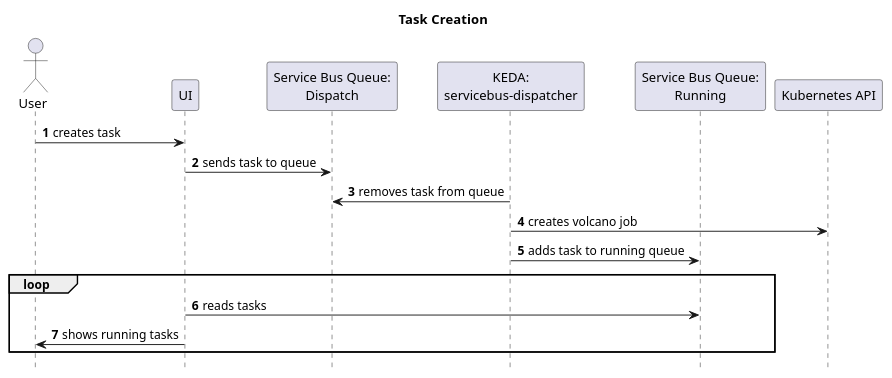
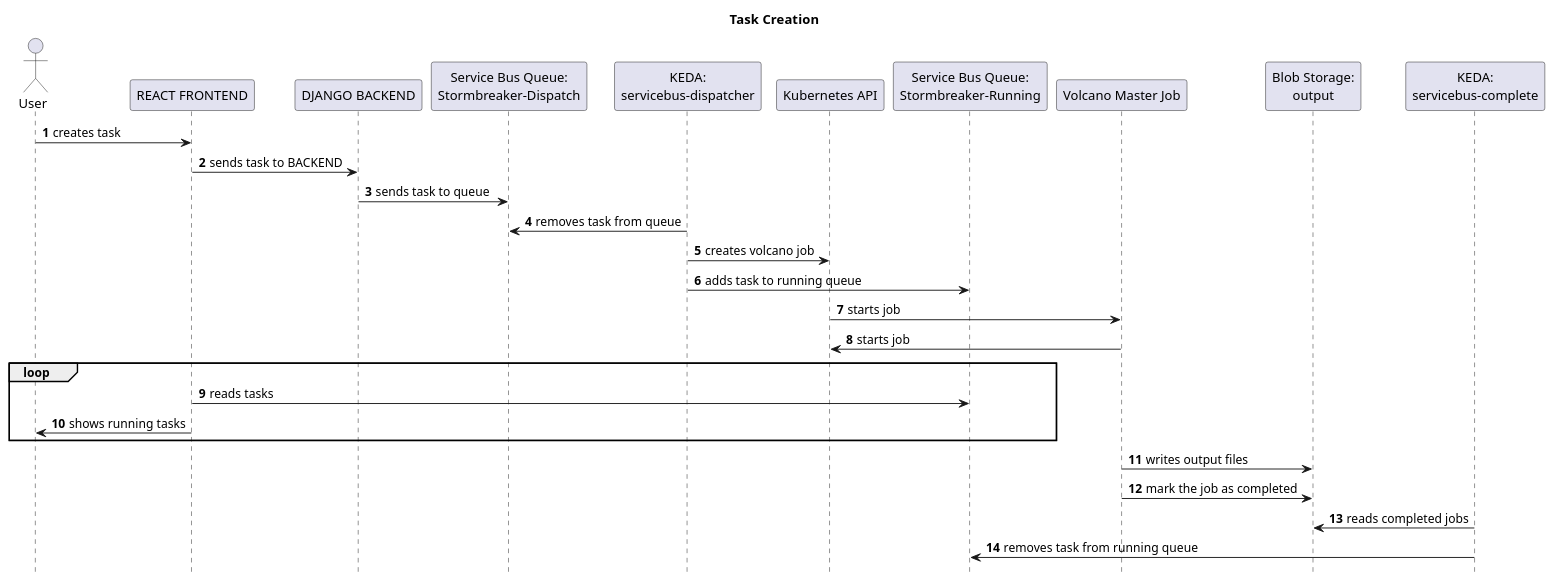
One commit to appdevgbb/Project-Stormbreaker changed the diagram in assets/sequence-task-creation.puml. Above: the diagram before and after it, drawn with PlantUML. The commit also changed 10 other files, not shown here.

```diff
--- a/assets/sequence-task-creation.puml
+++ b/assets/sequence-task-creation.puml
@@ -1,27 +1,44 @@
 @startuml
 title Task Creation
 
 actor User
-participant "UI" as UI
-participant "Service Bus Queue:\nDispatch" as SB_Dispatch
+participant "REACT FRONTEND" as FRONTEND
+participant "DJANGO BACKEND" as BACKEND
+participant "Service Bus Queue:\nStormbreaker-Dispatch" as SB_Dispatch
 participant "KEDA:\nservicebus-dispatcher" as KEDA_Dispatcher
+participant "Kubernetes API" as K8S_API
+participant "Service Bus Queue:\nStormbreaker-Running" as SB_Running
 
-participant "Service Bus Queue:\nRunning" as SB_Running
+participant "Volcano Master Job" as VolcanoMasterJob
+participant "Blob Storage:\noutput" as BlobStorage
+participant "KEDA:\nservicebus-complete" as KEDA_Complete
 
-participant "Kubernetes API" as K8S_API
+
 
 autonumber
 hide footbox
 
-User -> UI: creates task
-UI -> SB_Dispatch: sends task to queue
+User -> FRONTEND: creates task
+FRONTEND -> BACKEND: sends task to BACKEND
+BACKEND -> SB_Dispatch: sends task to queue
+
 KEDA_Dispatcher -> SB_Dispatch: removes task from queue
 
 KEDA_Dispatcher -> K8S_API: creates volcano job
 KEDA_Dispatcher -> SB_Running: adds task to running queue
 
+K8S_API -> VolcanoMasterJob: starts job
+VolcanoMasterJob -> K8S_API: starts job
+
 loop
-UI -> SB_Running: reads tasks
-UI -> User: shows running tasks
+FRONTEND -> SB_Running: reads tasks
+FRONTEND -> User: shows running tasks
 end
+
+VolcanoMasterJob -> BlobStorage: writes output files
+VolcanoMasterJob -> BlobStorage: mark the job as completed
+
+KEDA_Complete -> BlobStorage: reads completed jobs
+KEDA_Complete -> SB_Running: removes task from running queue
+
 @enduml
```
